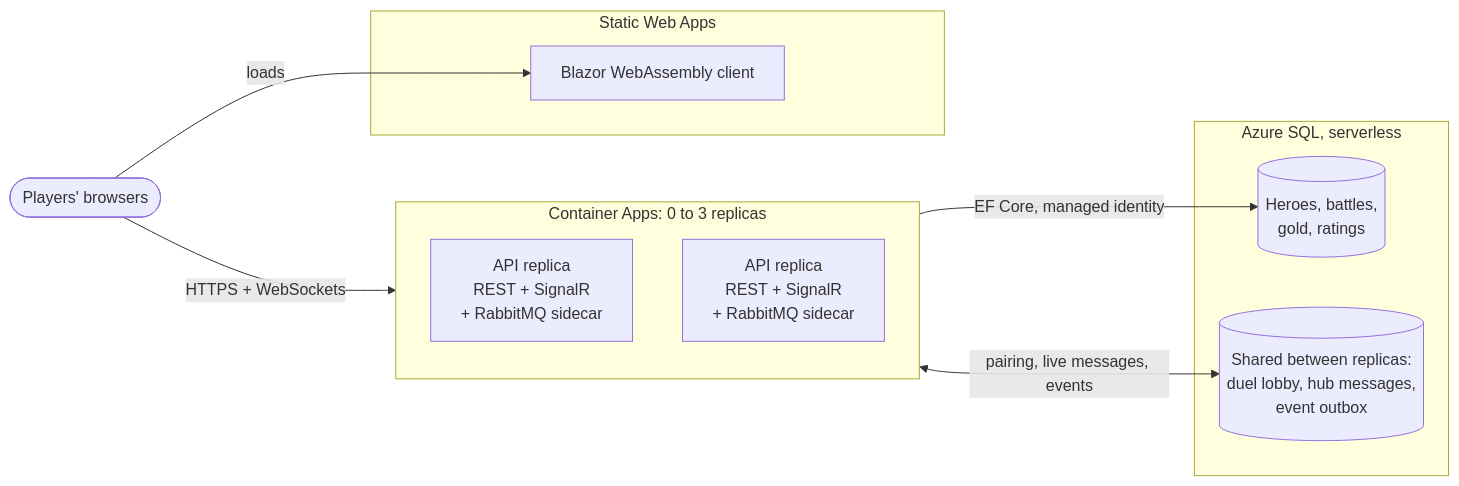
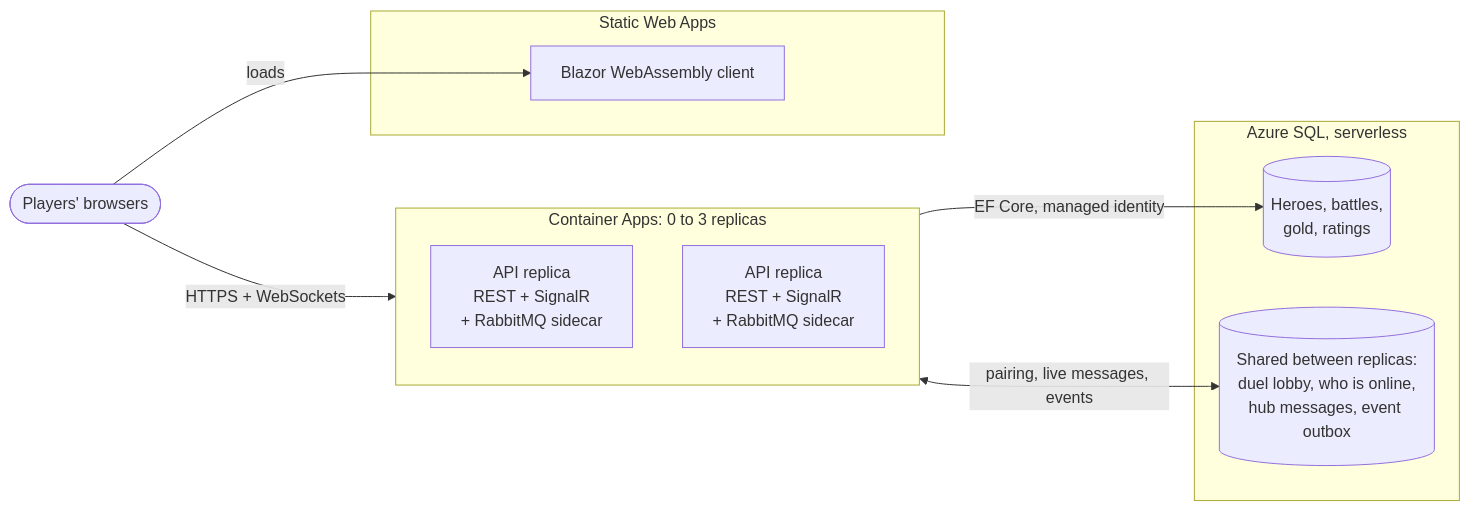
Before and after one commit to scox115/gameappportfolio: the first of 2 diagrams in docs/case-study.md, drawn with Mermaid. The commit also changed other lines of this file and 27 other files, not shown here.

First line of the commit message:
Add a live lobby: heroes online, waiting and duelling

````diff
--- a/docs/case-study.md
+++ b/docs/case-study.md
@@ -28,24 +28,24 @@
 ```mermaid
 flowchart LR
     browser([Players' browsers])
 
     subgraph swa[Static Web Apps]
         client[Blazor WebAssembly client]
     end
 
     subgraph aca[Container Apps: 0 to 3 replicas]
         direction TB
         r1[API replica<br/>REST + SignalR<br/>+ RabbitMQ sidecar]
         r2[API replica<br/>REST + SignalR<br/>+ RabbitMQ sidecar]
     end
 
     subgraph sql[Azure SQL, serverless]
         game[(Heroes, battles,<br/>gold, ratings)]
-        shared[(Shared between replicas:<br/>duel lobby, hub messages,<br/>event outbox)]
+        shared[(Shared between replicas:<br/>duel lobby, who is online,<br/>hub messages, event outbox)]
     end
 
     browser -- loads --> client
     browser -- HTTPS + WebSockets --> aca
     aca -- EF Core, managed identity --> game
     aca <-- pairing, live messages, events --> shared
 ```
````
